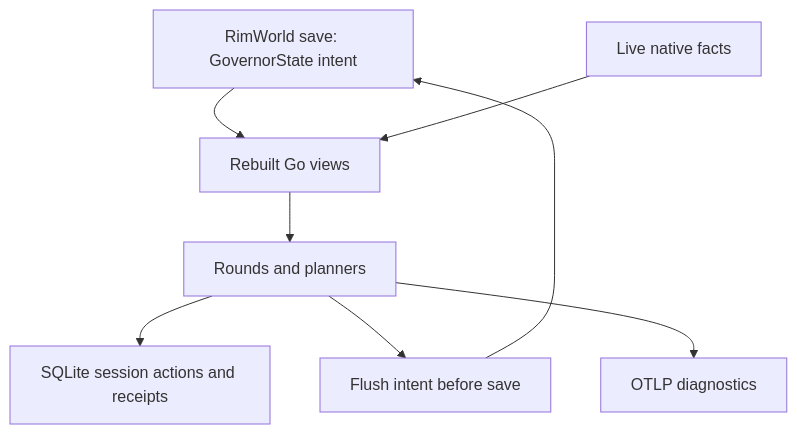
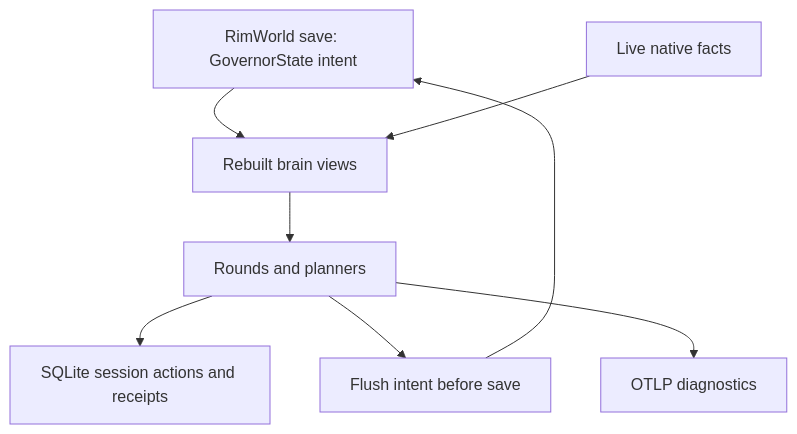
The second of 2 diagrams in docs/developers/architecture/overview.md (davidarcher/rimgovernor), drawn with Mermaid before and after one commit. The commit also changed other lines of this file and 143 other files, not shown here.

````diff
--- a/docs/developers/architecture/overview.md
+++ b/docs/developers/architecture/overview.md
@@ -57,10 +57,10 @@
 ```mermaid
 flowchart TD
-    Save[RimWorld save: GovernorState intent] --> Views[Rebuilt Go views]
+    Save[RimWorld save: GovernorState intent] --> Views[Rebuilt brain views]
     World[Live native facts] --> Views
     Views --> Review[Rounds and planners]
     Review --> Journal[SQLite session actions and receipts]
     Review --> Flush[Flush intent before save]
     Flush --> Save
     Review --> Flight[OTLP diagnostics]
 ```
````
